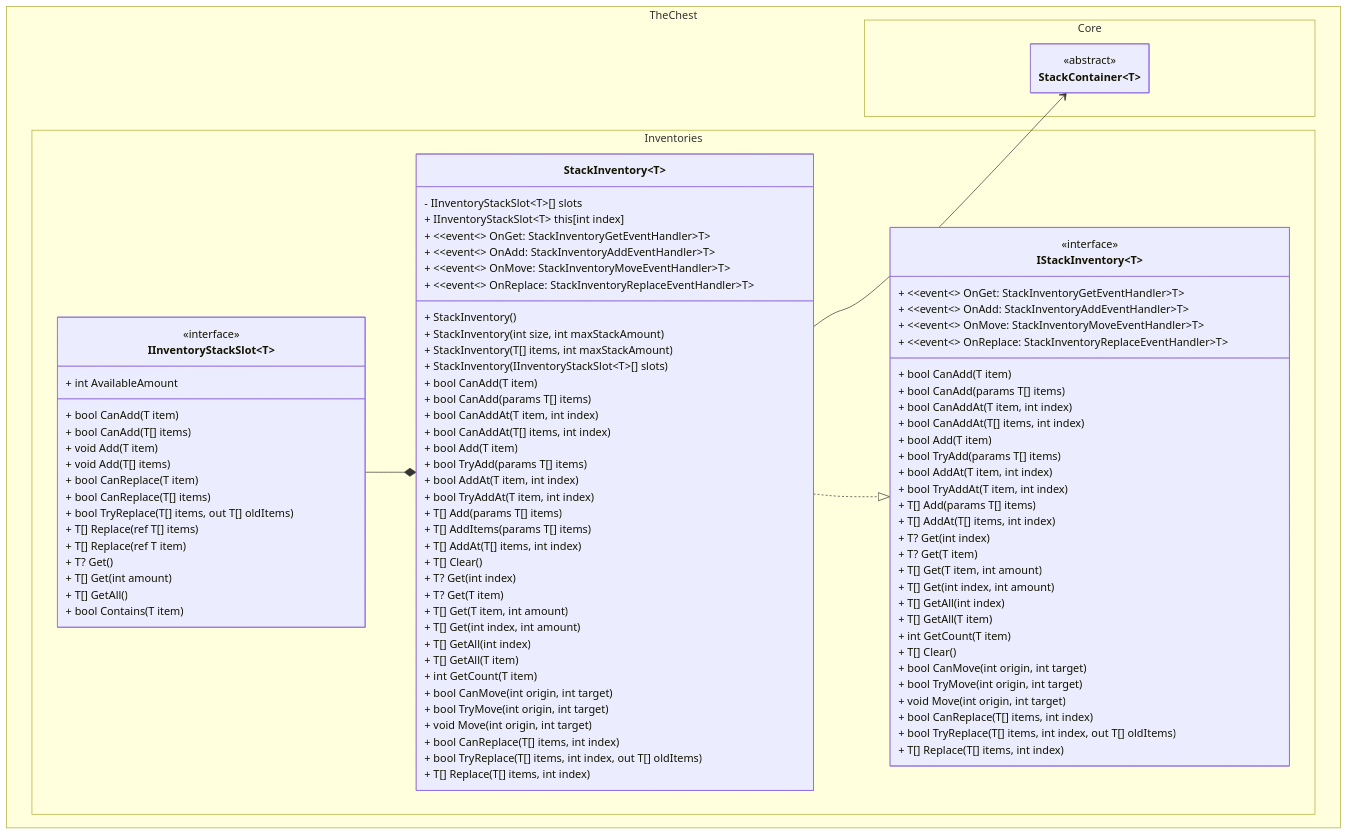
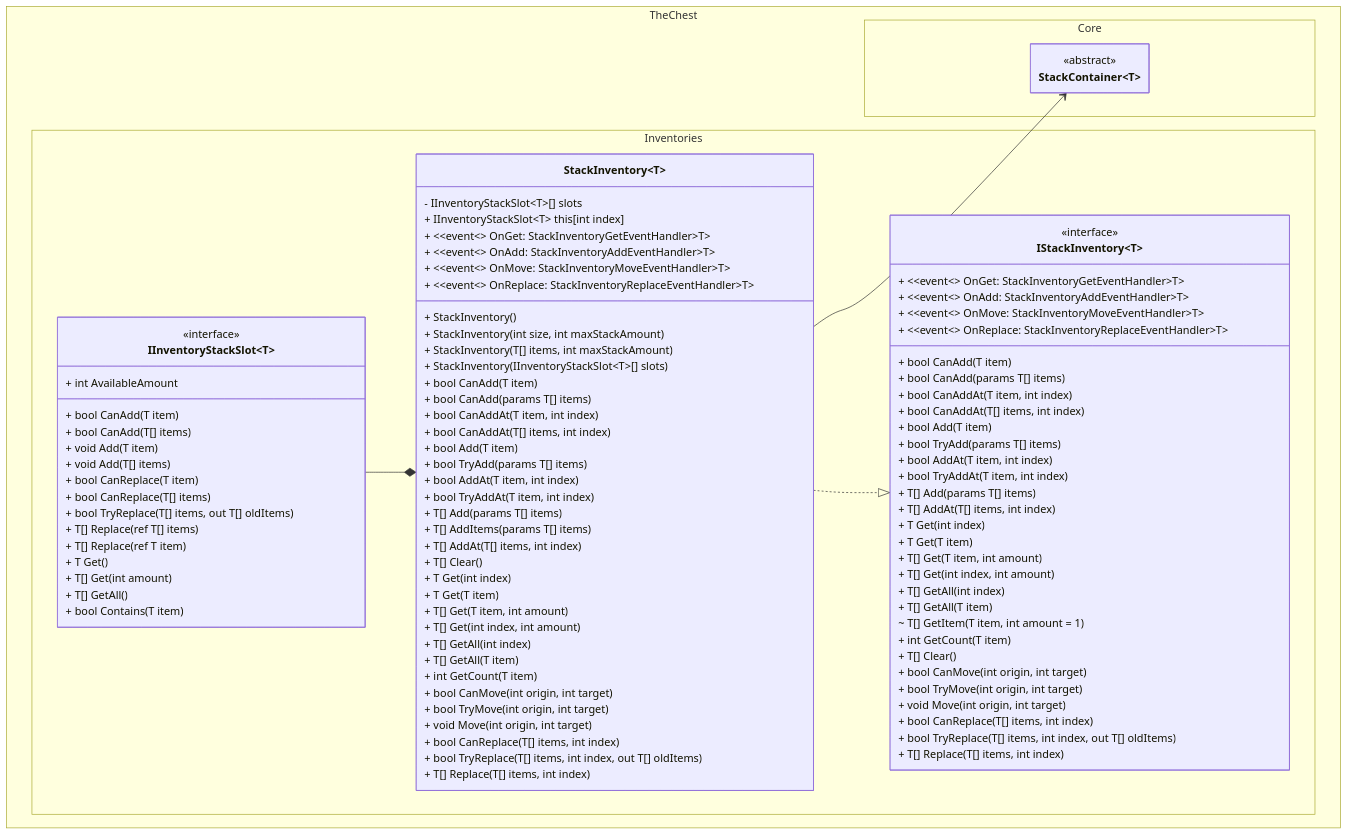
The first of 2 diagrams in docs/stack_inventory/class_diagram.md (The-Chest/TheChest.Inventories), drawn with Mermaid before and after one commit. The commit also changed 1 other file, not shown here.

Commit message:
Updates docs from class_driagram.md

```diff
--- a/docs/stack_inventory/class_diagram.md
+++ b/docs/stack_inventory/class_diagram.md
@@ -46,8 +46,8 @@
 
             + T[] Clear()
 
-            + T? Get(int index)
-            + T? Get(T item)
+            + T Get(int index)
+            + T Get(T item)
             + T[] Get(T item, int amount)
             + T[] Get(int index, int amount)
 
@@ -78,7 +78,7 @@
             + T[] Replace(ref T[] items)
             + T[] Replace(ref T item)
 
-            + T? Get()
+            + T Get()
             + T[] Get(int amount)
             + T[] GetAll()
 
@@ -102,13 +102,14 @@
             + T[] Add(params T[] items)
             + T[] AddAt(T[] items, int index)
 
-            + T? Get(int index)
-            + T? Get(T item)
+            + T Get(int index)
+            + T Get(T item)
             + T[] Get(T item, int amount)
             + T[] Get(int index, int amount)
             + T[] GetAll(int index)
             + T[] GetAll(T item)
-
+	        ~ T[] GetItem(T item, int amount = 1)
+            
             + int GetCount(T item)
 
             + T[] Clear()
```
